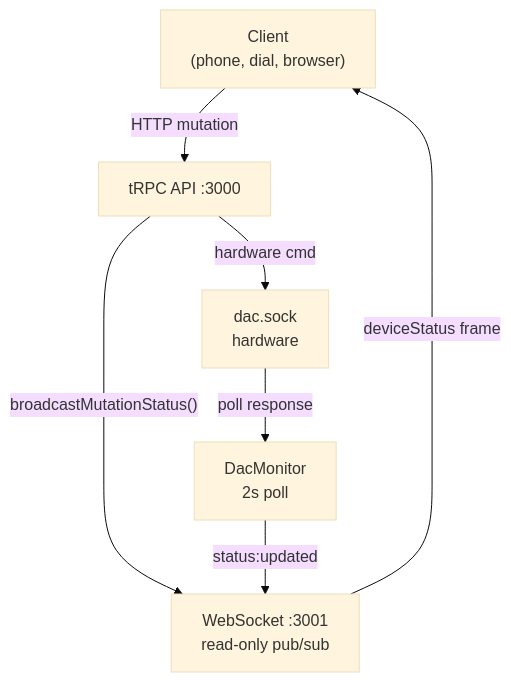
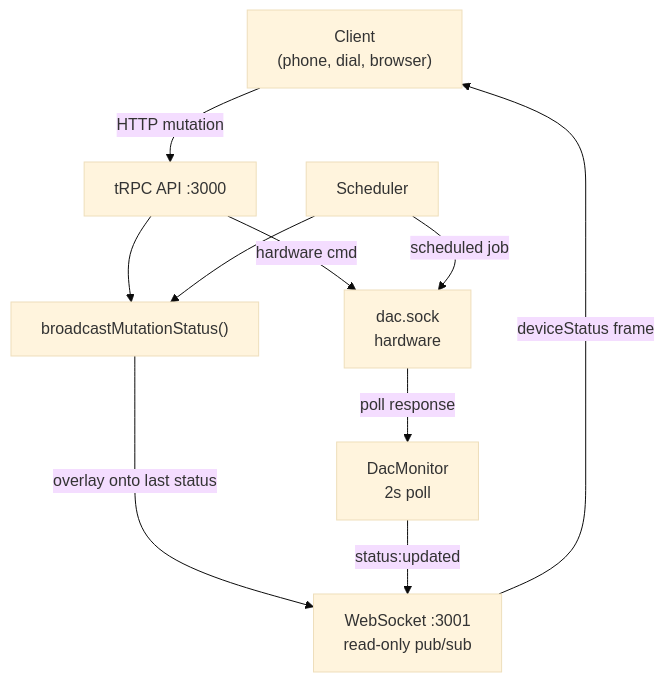
Before and after one commit to sleepypod/core: the second of 2 diagrams in docs/adr/0015-event-bus-mutation-broadcast.md, drawn with Mermaid (base theme). The commit also changed other lines of this file and 3 other files, not shown here.

First line of the commit message:
docs: add scheduler broadcast path to all architecture diagrams

````diff
--- a/docs/adr/0015-event-bus-mutation-broadcast.md
+++ b/docs/adr/0015-event-bus-mutation-broadcast.md
@@ -57,15 +60,20 @@
 ```mermaid
 graph TD
     Client["Client<br/>(phone, dial, browser)"]
     API["tRPC API :3000"]
+    SCH["Scheduler"]
     DAC["dac.sock<br/>hardware"]
     MON["DacMonitor<br/>2s poll"]
+    BMS["broadcastMutationStatus()"]
     WS["WebSocket :3001<br/>read-only pub/sub"]
 
     Client -->|"HTTP mutation"| API
     API -->|"hardware cmd"| DAC
-    API -->|"broadcastMutationStatus()"| WS
+    SCH -->|"scheduled job"| DAC
+    API --> BMS
+    SCH --> BMS
+    BMS -->|"overlay onto last status"| WS
     DAC -->|"poll response"| MON
     MON -->|"status:updated"| WS
     WS -->|"deviceStatus frame"| Client
 ```
````
